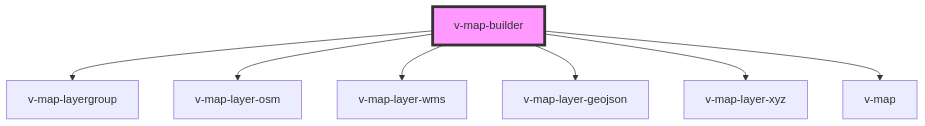
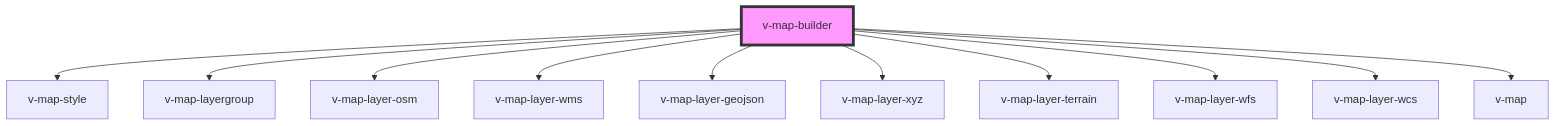
The diagram in src/components/v-map-builder/readme.md (pt9912/v-map), drawn with Mermaid before and after one commit. The commit also changed other lines of this file and 7 other files, not shown here.

Commit message:
feat(builder): render configured map styles

````diff
--- a/src/components/v-map-builder/readme.md
+++ b/src/components/v-map-builder/readme.md
@@ -46,10 +50,14 @@
 ```mermaid
 graph TD;
+  v-map-builder --> v-map-style
   v-map-builder --> v-map-layergroup
   v-map-builder --> v-map-layer-osm
   v-map-builder --> v-map-layer-wms
   v-map-builder --> v-map-layer-geojson
   v-map-builder --> v-map-layer-xyz
+  v-map-builder --> v-map-layer-terrain
+  v-map-builder --> v-map-layer-wfs
+  v-map-builder --> v-map-layer-wcs
   v-map-builder --> v-map
   style v-map-builder fill:#f9f,stroke:#333,stroke-width:4px
 ```
````
